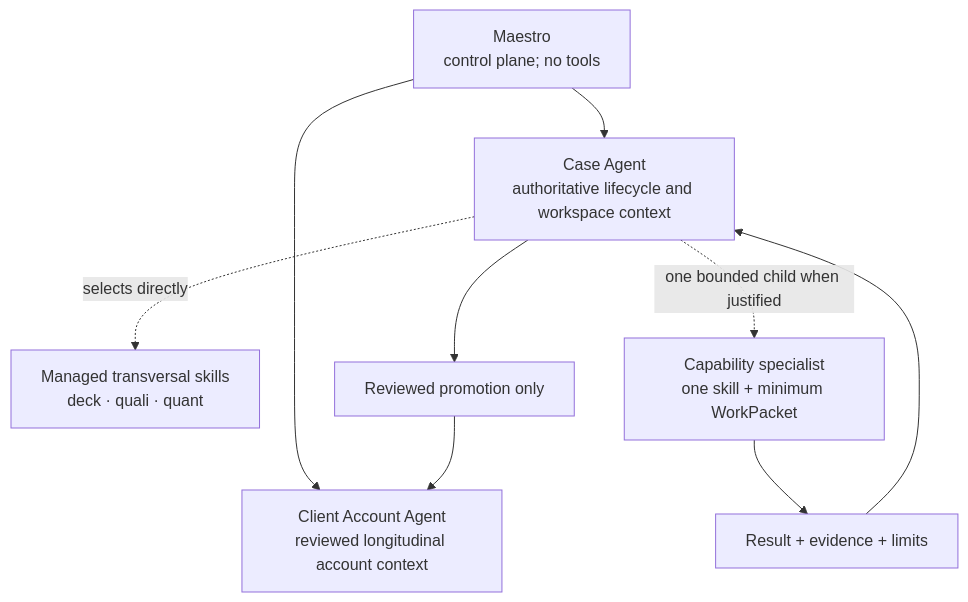
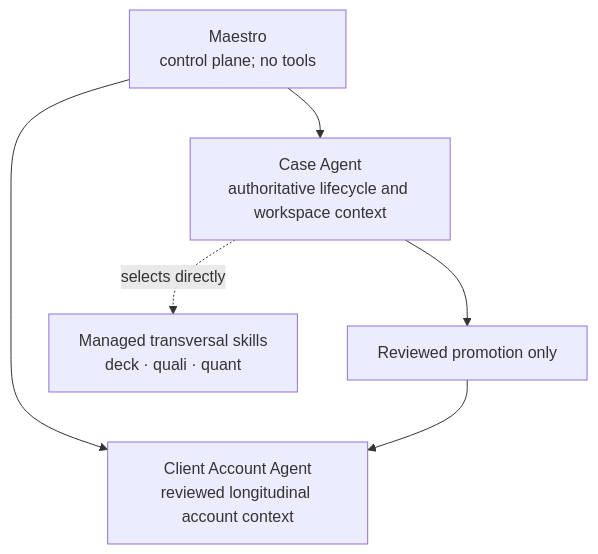
One commit to agentic-os-brasil/bcg-brasil-agentic-os changed the diagram in specs/034-vertical-agents-and-transversal-skills.md. Above: the diagram before and after it, drawn with Mermaid. The commit also changed other lines of this file and 46 other files, not shown here.

Commit message:
feat(darwin): wire native maintenance and governed flow

````diff
--- a/specs/034-vertical-agents-and-transversal-skills.md
+++ b/specs/034-vertical-agents-and-transversal-skills.md
@@ -23,11 +23,8 @@
 ```mermaid
 flowchart TD
     M["Maestro\ncontrol plane; no tools"] --> A["Client Account Agent\nreviewed longitudinal account context"]
     M --> C["Case Agent\nauthoritative lifecycle and workspace context"]
     C -. "selects directly" .-> S["Managed transversal skills\ndeck · quali · quant"]
-    C -. "one bounded child when justified" .-> W["Capability specialist\none skill + minimum WorkPacket"]
-    W --> R["Result + evidence + limits"]
-    R --> C
     C --> P["Reviewed promotion only"]
     P --> A
 ```
````
